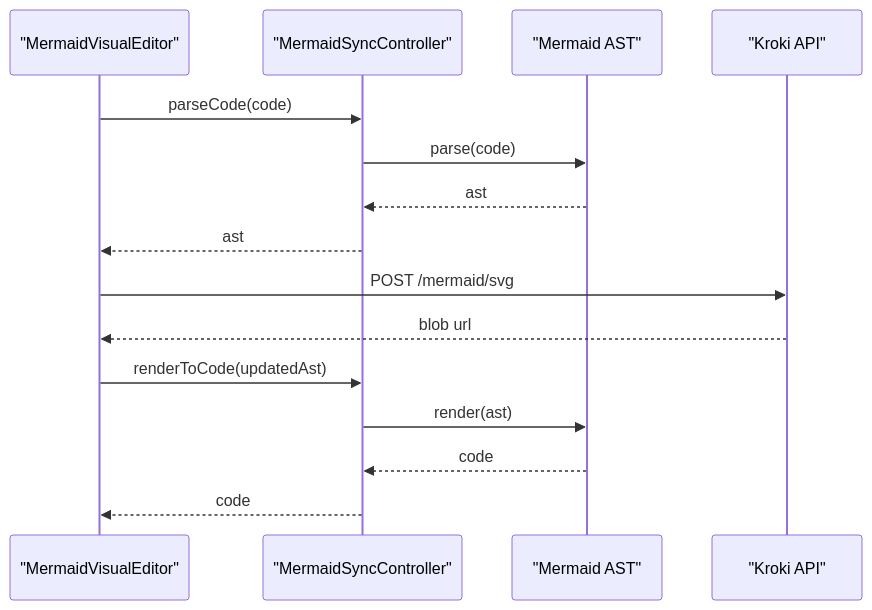
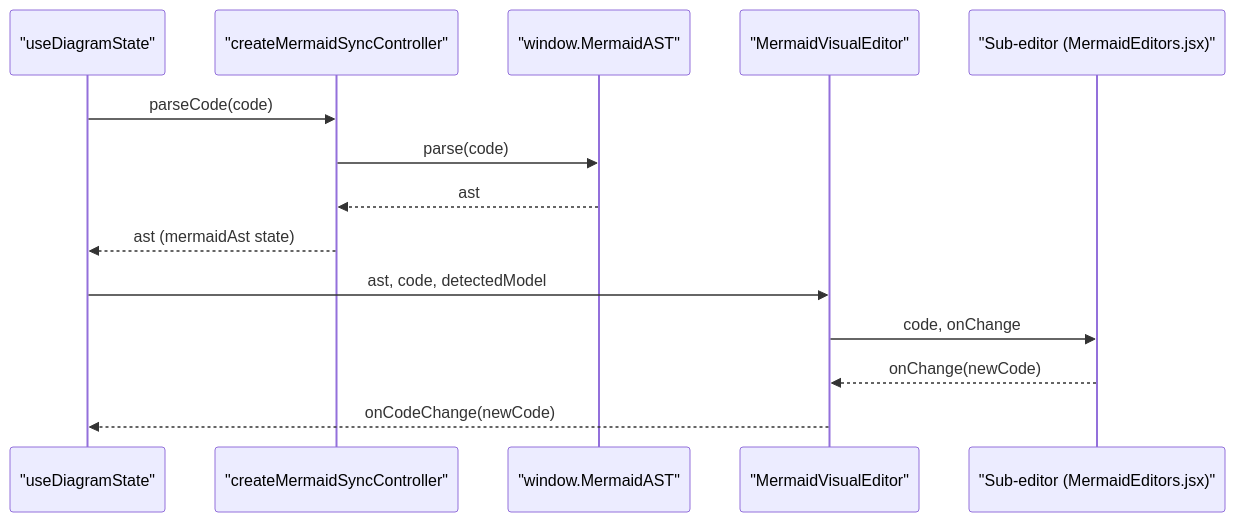
Before and after one commit to ongchonghian/universal-diagram-editor: the seventh of 9 diagrams in .qoder/repowiki/en/content/Editor Architecture/Component Architecture.md, drawn with Mermaid. The commit also changed other lines of this file and 31 other files, not shown here.

````diff
--- a/.qoder/repowiki/en/content/Editor Architecture/Component Architecture.md
+++ b/.qoder/repowiki/en/content/Editor Architecture/Component Architecture.md
@@ -318,17 +288,16 @@
 ```mermaid
 sequenceDiagram
+participant DS as "useDiagramState"
+participant MSync as "createMermaidSyncController"
+participant AST as "window.MermaidAST"
 participant MMain as "MermaidVisualEditor"
-participant MSync as "MermaidSyncController"
-participant AST as "Mermaid AST"
-participant Krok as "Kroki API"
-MMain->>MSync : parseCode(code)
+participant Sub as "Sub-editor (MermaidEditors.jsx)"
+DS->>MSync : parseCode(code)
 MSync->>AST : parse(code)
 AST-->>MSync : ast
-MSync-->>MMain : ast
-MMain->>Krok : POST /mermaid/svg
-Krok-->>MMain : blob url
-MMain->>MSync : renderToCode(updatedAst)
-MSync->>AST : render(ast)
-AST-->>MSync : code
-MSync-->>MMain : code
+MSync-->>DS : ast (mermaidAst state)
+DS->>MMain : ast, code, detectedModel
+MMain->>Sub : code, onChange
+Sub-->>MMain : onChange(newCode)
+MMain-->>DS : onCodeChange(newCode)
 ```
````
